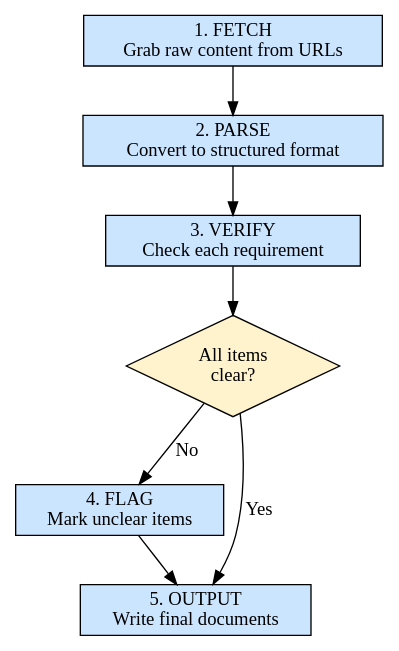
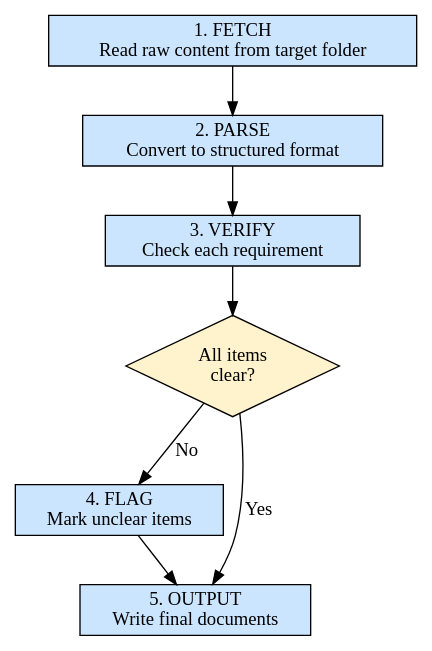
One commit to Gil2015/my-agents changed the diagram in packages/dev-frontend/skills/req-collect/SKILL.md. Above: the diagram before and after it, drawn with Graphviz. The commit also changed other lines of this file, not shown here.

````diff
--- a/packages/dev-frontend/skills/req-collect/SKILL.md
+++ b/packages/dev-frontend/skills/req-collect/SKILL.md
@@ -46,20 +46,20 @@
 ```dot
 digraph process {
   rankdir=TB
   node [shape=box, style=filled, fillcolor="#cce5ff"]
 
-  fetch [label="1. FETCH\nGrab raw content from URLs"]
+  fetch [label="1. FETCH\nRead raw content from target folder"]
   parse [label="2. PARSE\nConvert to structured format"]
   verify [label="3. VERIFY\nCheck each requirement"]
   flag [label="4. FLAG\nMark unclear items"]
   output [label="5. OUTPUT\nWrite final documents"]
 
   node [shape=diamond, style=filled, fillcolor="#fff3cd"]
   clear [label="All items\nclear?"]
 
   fetch -> parse -> verify -> clear
   clear -> output [label="Yes"]
   clear -> flag [label="No"]
   flag -> output
 }
 ```
````
